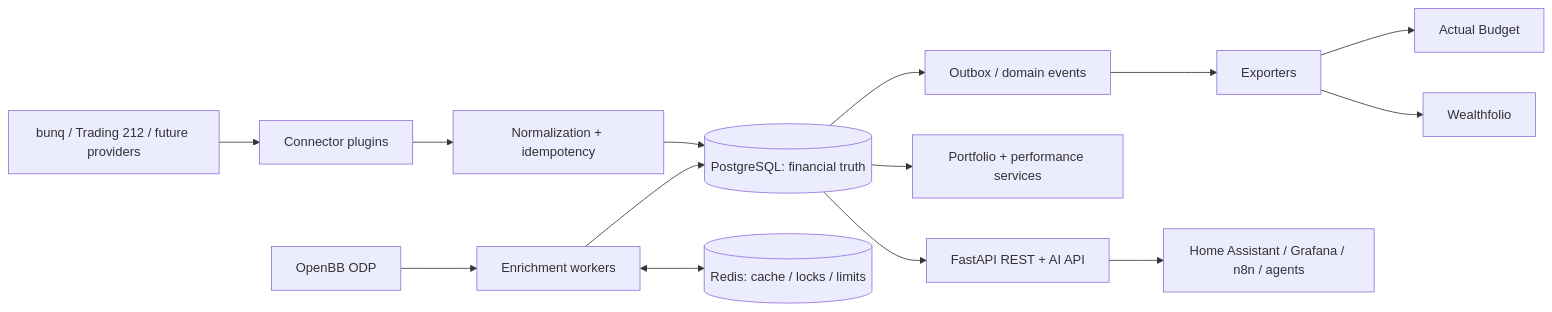
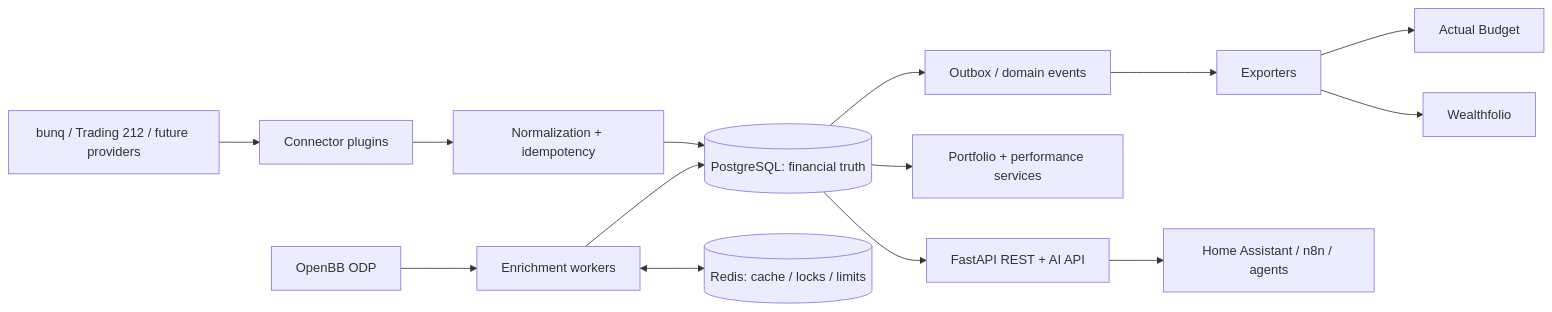
Before and after one commit to rbnbrls/finance-sync: the diagram in docs/ARCHITECTURE.md, drawn with Mermaid. The commit also changed other lines of this file and 60 other files, not shown here.

````diff
--- a/docs/ARCHITECTURE.md
+++ b/docs/ARCHITECTURE.md
@@ -11,16 +11,16 @@
 ```mermaid
 flowchart LR
   P["bunq / Trading 212 / future providers"] --> C["Connector plugins"]
   C --> N["Normalization + idempotency"]
   N --> DB[("PostgreSQL: financial truth")]
   DB --> E["Outbox / domain events"]
   E --> X["Exporters"]
   DB --> S["Portfolio + performance services"]
   O["OpenBB ODP"] --> EN["Enrichment workers"]
   EN --> DB
   EN <--> R[("Redis: cache / locks / limits")]
   DB --> A["FastAPI REST + AI API"]
   X --> AB["Actual Budget"]
   X --> WF["Wealthfolio"]
-  A --> HA["Home Assistant / Grafana / n8n / agents"]
+  A --> HA["Home Assistant / n8n / agents"]
 ```
````
